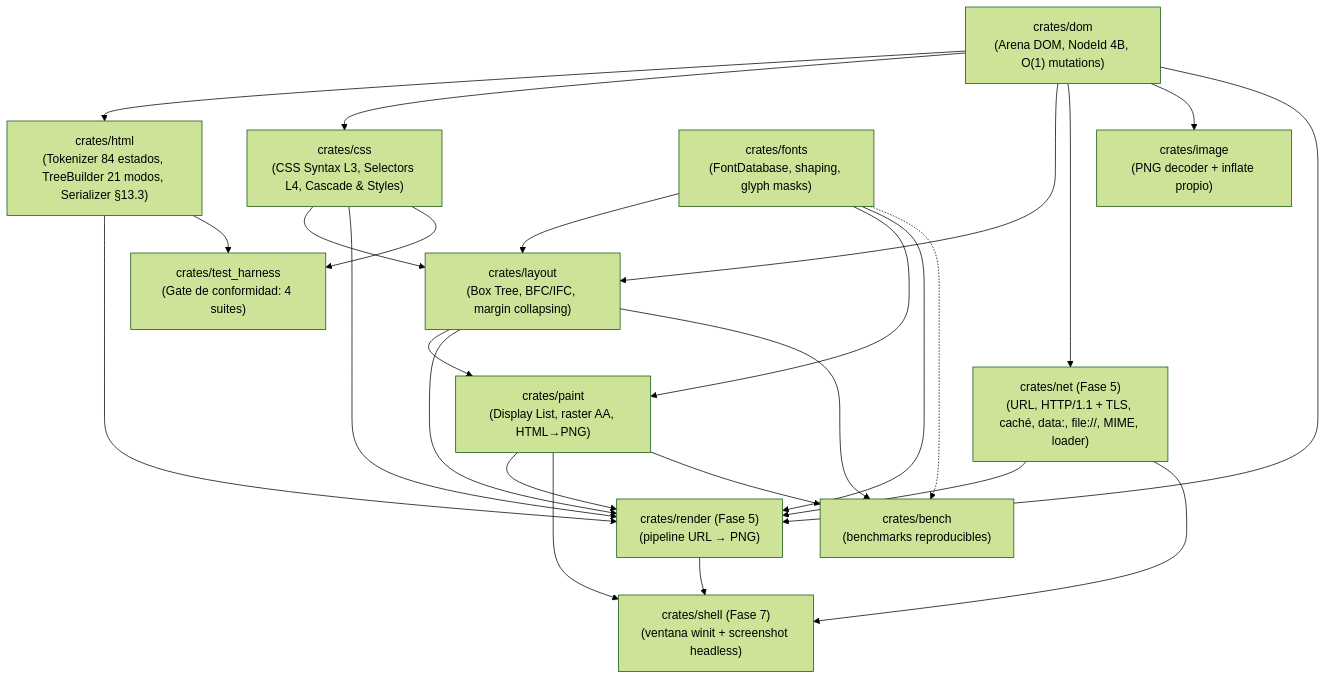
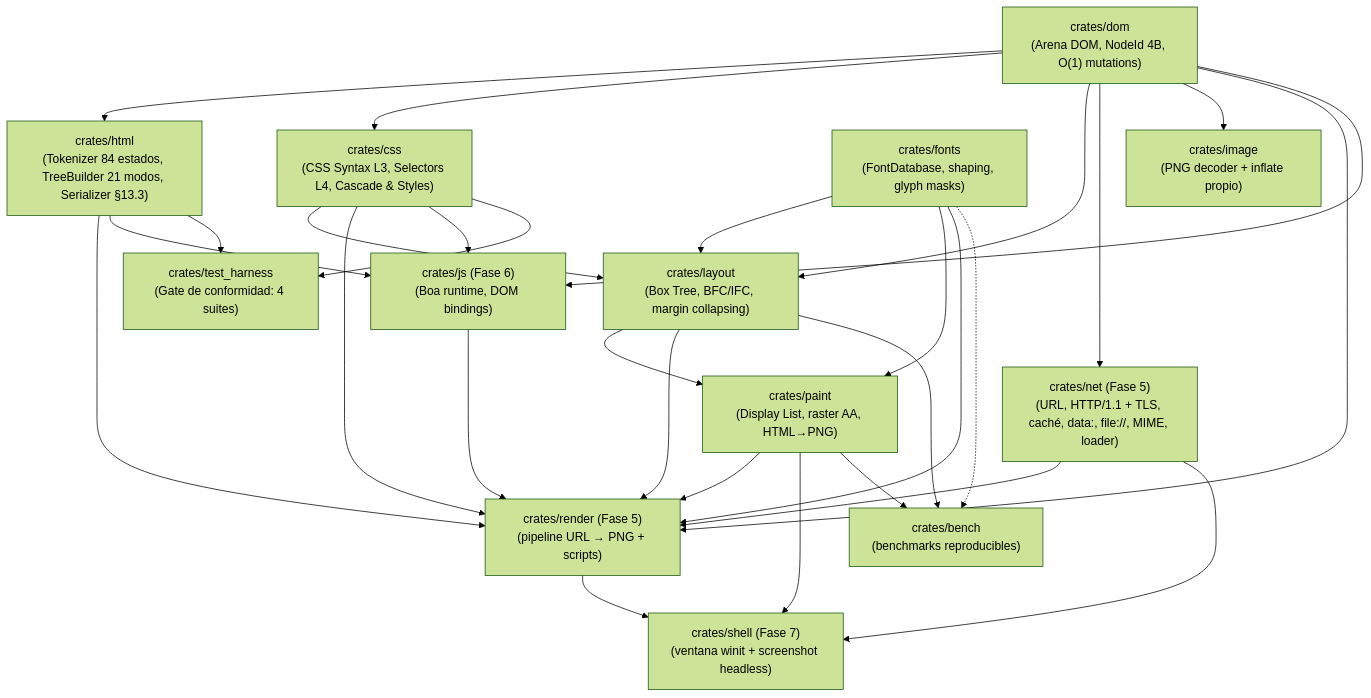
Before and after one commit to juanpimg/Megi: the diagram in README.md, drawn with Mermaid (forest theme). The commit also changed other lines of this file and 10 other files, not shown here.

````diff
--- a/README.md
+++ b/README.md
@@ -99,40 +100,45 @@
 ```mermaid
 graph TD
     dom["crates/dom<br/>(Arena DOM, NodeId 4B, O(1) mutations)"]
     html["crates/html<br/>(Tokenizer 84 estados, TreeBuilder 21 modos, Serializer §13.3)"]
     css["crates/css<br/>(CSS Syntax L3, Selectors L4, Cascade & Styles)"]
     layout["crates/layout<br/>(Box Tree, BFC/IFC, margin collapsing)"]
     fonts["crates/fonts<br/>(FontDatabase, shaping, glyph masks)"]
     paint["crates/paint<br/>(Display List, raster AA, HTML→PNG)"]
     net["crates/net (Fase 5)<br/>(URL, HTTP/1.1 + TLS, caché, data:, file://, MIME, loader)"]
     image["crates/image<br/>(PNG decoder + inflate propio)"]
-    render["crates/render (Fase 5)<br/>(pipeline URL → PNG)"]
+    js["crates/js (Fase 6)<br/>(Boa runtime, DOM bindings)"]
+    render["crates/render (Fase 5)<br/>(pipeline URL → PNG + scripts)"]
     shell["crates/shell (Fase 7)<br/>(ventana winit + screenshot headless)"]
     bench["crates/bench<br/>(benchmarks reproducibles)"]
     test_harness["crates/test_harness<br/>(Gate de conformidad: 4 suites)"]
 
     dom --> html
     dom --> css
     dom --> layout
     css --> layout
     layout --> paint
     fonts --> layout
     fonts --> paint
     dom --> net
     dom --> image
     net --> render
     html --> render
     css --> render
     layout --> render
     paint --> render
     fonts --> render
     dom --> render
+    dom --> js
+    html --> js
+    css --> js
+    js --> render
     render --> shell
     paint --> shell
     net --> shell
     html --> test_harness
     css --> test_harness
     layout --> bench
     paint --> bench
     fonts -.-> bench
 ```
````
